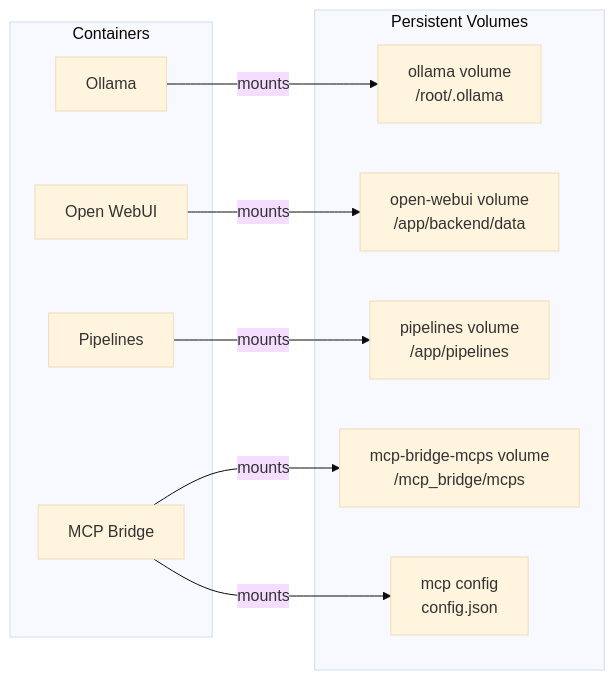
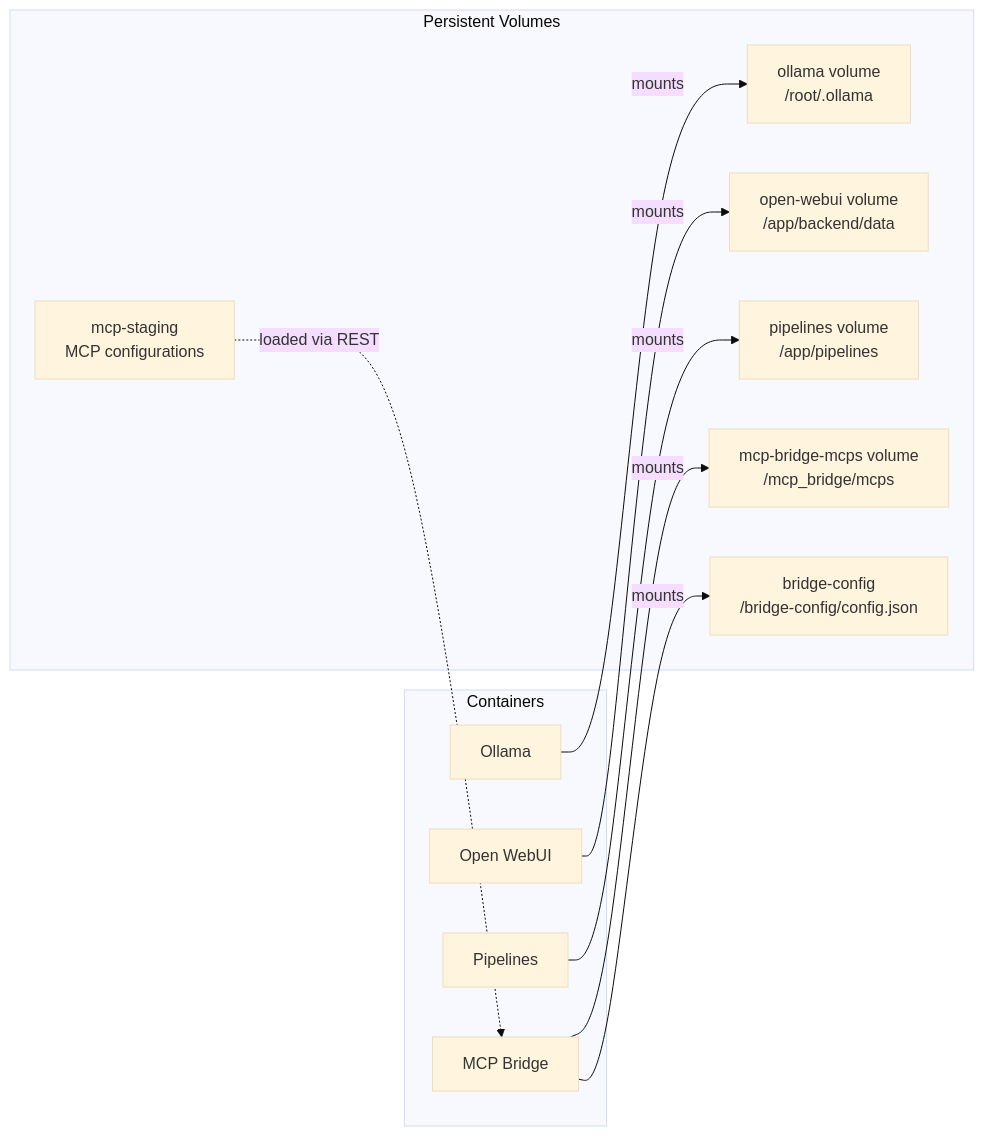
One commit to aaronsb/ai_platform changed the second of 3 diagrams in README.md. Above: the diagram before and after it, drawn with Mermaid (base theme). The commit also changed other lines of this file and 2 other files, not shown here.

First line of the commit message:
[mcp] Fix deployment architecture misunderstanding

````diff
--- a/README.md
+++ b/README.md
@@ -32,23 +32,25 @@
 ```mermaid
 graph LR
     subgraph Containers
         O[Ollama]
         W[Open WebUI]
         P[Pipelines]
         M[MCP Bridge]
     end
 
     subgraph Persistent_Volumes["Persistent Volumes"]
         OV[ollama volume<br>/root/.ollama]
         WV[open-webui volume<br>/app/backend/data]
         PV[pipelines volume<br>/app/pipelines]
         MV[mcp-bridge-mcps volume<br>/mcp_bridge/mcps]
-        MC[mcp config<br>config.json]
+        BC[bridge-config<br>/bridge-config/config.json]
+        MS[mcp-staging<br>MCP configurations]
     end
 
     O -->|mounts| OV
     W -->|mounts| WV
     P -->|mounts| PV
     M -->|mounts| MV
-    M -->|mounts| MC
+    M -->|mounts| BC
+    MS -.->|"loaded via REST"| M
 ```
````
